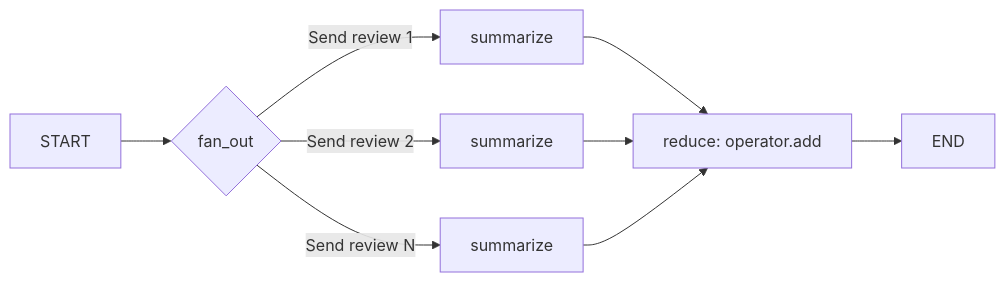
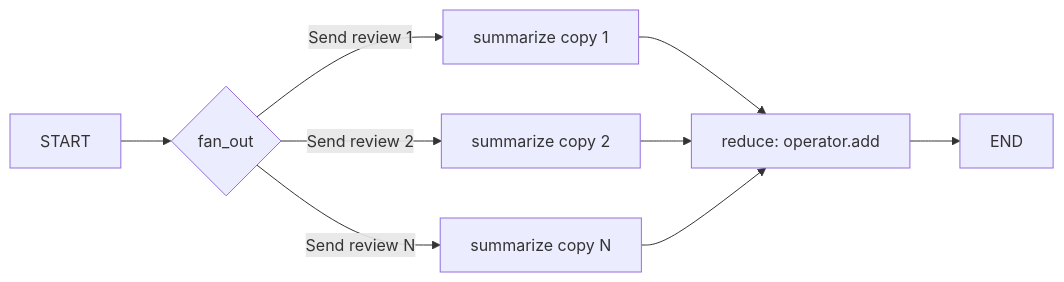
One commit to flow6979/viewinter changed the fifth of 8 diagrams in content/11-agentic/03-workflow-patterns.md. Above: the diagram before and after it, drawn with Mermaid. The commit also changed other lines of this file and 26 other files, not shown here.

First line of the commit message:
Agentic AI: rewrite all 13 pages to explain from scratch; animate diagrams on every article

````diff
--- a/content/11-agentic/03-workflow-patterns.md
+++ b/content/11-agentic/03-workflow-patterns.md
@@ -217,11 +361,11 @@
 ```mermaid
 flowchart LR
     S["START"] --> F{"fan_out"}
-    F -->|Send review 1| W1["summarize"]
-    F -->|Send review 2| W2["summarize"]
-    F -->|Send review N| W3["summarize"]
+    F -->|Send review 1| W1["summarize copy 1"]
+    F -->|Send review 2| W2["summarize copy 2"]
+    F -->|Send review N| W3["summarize copy N"]
     W1 --> R["reduce: operator.add"]
     W2 --> R
     W3 --> R
     R --> E["END"]
 ```
````
